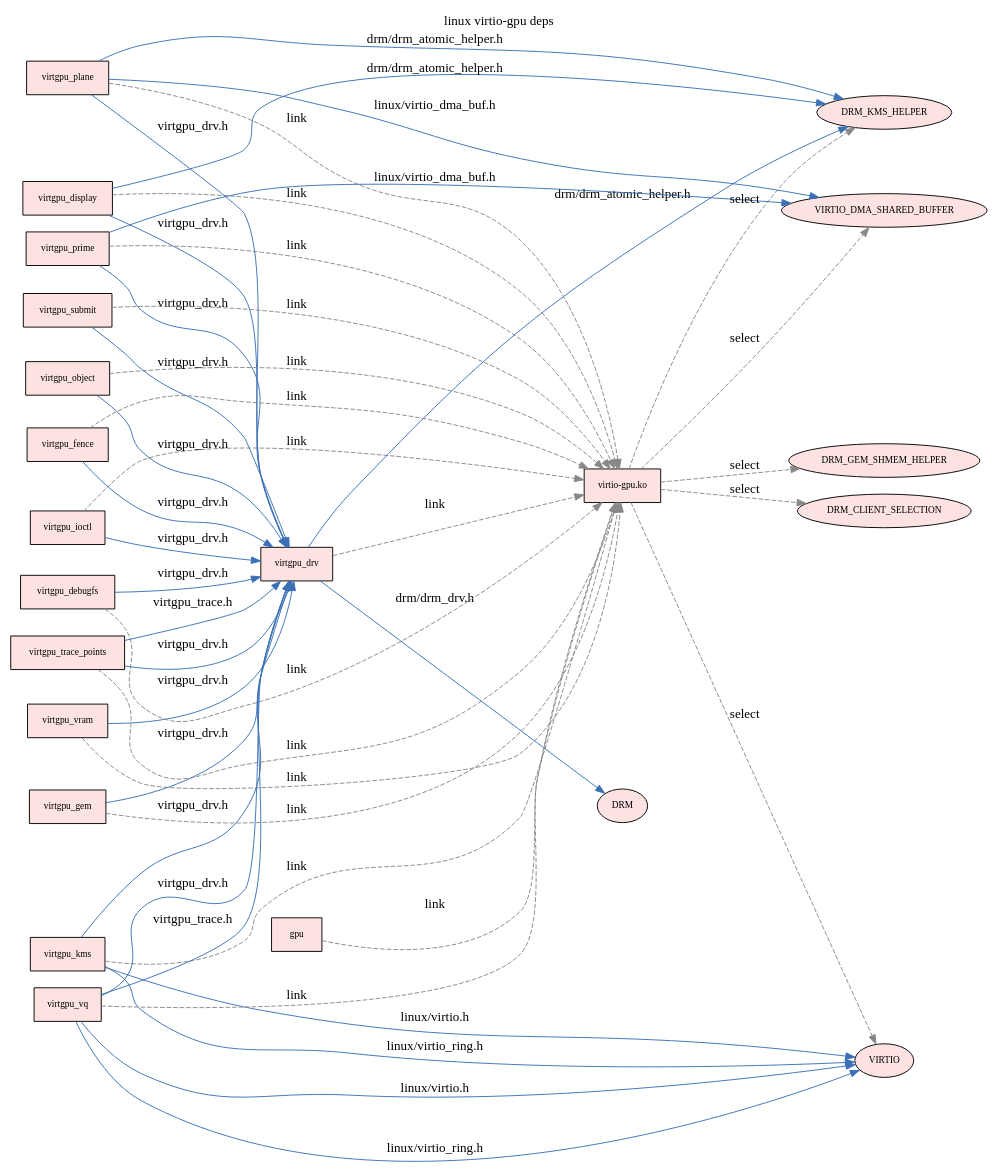
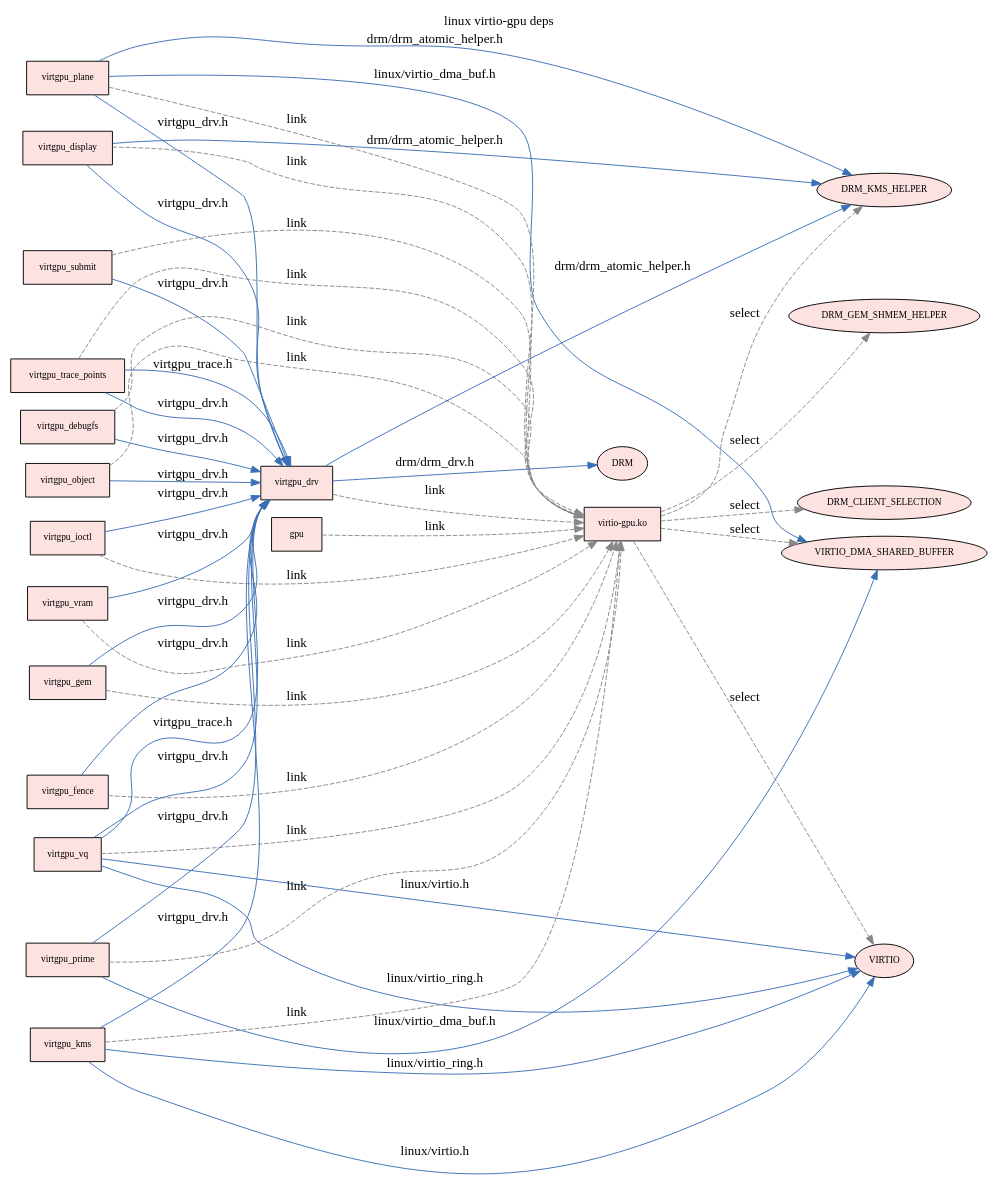
Before and after one commit to vm-final-project/virtio-gpu: the diagram in results/depgraph/linux.dot, drawn with Graphviz. The commit also changed other lines of this file and 74 other files, not shown here.

```diff
--- a/results/depgraph/linux.dot
+++ b/results/depgraph/linux.dot
@@ -1,72 +1,72 @@
 digraph "linux virtio-gpu deps" {
   rankdir=LR;
   node [fontsize=10];
   label="linux virtio-gpu deps"; labelloc=t; fontsize=14;
+  "linux:sub:DRM_GEM_SHMEM_HELPER" [label="DRM_GEM_SHMEM_HELPER",shape=ellipse,style=filled,fillcolor="#fde2e2"];
+  "linux:virtgpu_submit" [label="virtgpu_submit",shape=box,style=filled,fillcolor="#fde2e2"];
+  "linux:gpu" [label="gpu",shape=box,style=filled,fillcolor="#fde2e2"];
+  "linux:virtgpu_debugfs" [label="virtgpu_debugfs",shape=box,style=filled,fillcolor="#fde2e2"];
+  "linux:sub:DRM_CLIENT_SELECTION" [label="DRM_CLIENT_SELECTION",shape=ellipse,style=filled,fillcolor="#fde2e2"];
+  "linux:virtgpu_object" [label="virtgpu_object",shape=box,style=filled,fillcolor="#fde2e2"];
   "linux:virtgpu_vram" [label="virtgpu_vram",shape=box,style=filled,fillcolor="#fde2e2"];
+  "linux:virtgpu_display" [label="virtgpu_display",shape=box,style=filled,fillcolor="#fde2e2"];
+  "linux:sub:DRM_KMS_HELPER" [label="DRM_KMS_HELPER",shape=ellipse,style=filled,fillcolor="#fde2e2"];
+  "linux:sub:VIRTIO" [label="VIRTIO",shape=ellipse,style=filled,fillcolor="#fde2e2"];
+  "linux:virtgpu_trace_points" [label="virtgpu_trace_points",shape=box,style=filled,fillcolor="#fde2e2"];
+  "linux:virtgpu_fence" [label="virtgpu_fence",shape=box,style=filled,fillcolor="#fde2e2"];
   "linux:virtgpu_ioctl" [label="virtgpu_ioctl",shape=box,style=filled,fillcolor="#fde2e2"];
+  "linux:virtgpu_vq" [label="virtgpu_vq",shape=box,style=filled,fillcolor="#fde2e2"];
+  "linux:virtgpu_gem" [label="virtgpu_gem",shape=box,style=filled,fillcolor="#fde2e2"];
+  "linux:virtgpu_prime" [label="virtgpu_prime",shape=box,style=filled,fillcolor="#fde2e2"];
   "linux:virtgpu_drv" [label="virtgpu_drv",shape=box,style=filled,fillcolor="#fde2e2"];
-  "linux:virtgpu_debugfs" [label="virtgpu_debugfs",shape=box,style=filled,fillcolor="#fde2e2"];
-  "linux:sub:DRM_KMS_HELPER" [label="DRM_KMS_HELPER",shape=ellipse,style=filled,fillcolor="#fde2e2"];
-  "linux:virtgpu_display" [label="virtgpu_display",shape=box,style=filled,fillcolor="#fde2e2"];
+  "linux:sub:DRM" [label="DRM",shape=ellipse,style=filled,fillcolor="#fde2e2"];
+  "linux:sub:VIRTIO_DMA_SHARED_BUFFER" [label="VIRTIO_DMA_SHARED_BUFFER",shape=ellipse,style=filled,fillcolor="#fde2e2"];
+  "linux:virtio-gpu.ko" [label="virtio-gpu.ko",shape=box,style=filled,fillcolor="#fde2e2"];
+  "linux:virtgpu_kms" [label="virtgpu_kms",shape=box,style=filled,fillcolor="#fde2e2"];
   "linux:virtgpu_plane" [label="virtgpu_plane",shape=box,style=filled,fillcolor="#fde2e2"];
-  "linux:sub:VIRTIO_DMA_SHARED_BUFFER" [label="VIRTIO_DMA_SHARED_BUFFER",shape=ellipse,style=filled,fillcolor="#fde2e2"];
-  "linux:virtgpu_prime" [label="virtgpu_prime",shape=box,style=filled,fillcolor="#fde2e2"];
-  "linux:gpu" [label="gpu",shape=box,style=filled,fillcolor="#fde2e2"];
-  "linux:virtgpu_object" [label="virtgpu_object",shape=box,style=filled,fillcolor="#fde2e2"];
-  "linux:virtgpu_fence" [label="virtgpu_fence",shape=box,style=filled,fillcolor="#fde2e2"];
-  "linux:sub:DRM_GEM_SHMEM_HELPER" [label="DRM_GEM_SHMEM_HELPER",shape=ellipse,style=filled,fillcolor="#fde2e2"];
-  "linux:virtgpu_kms" [label="virtgpu_kms",shape=box,style=filled,fillcolor="#fde2e2"];
-  "linux:virtgpu_gem" [label="virtgpu_gem",shape=box,style=filled,fillcolor="#fde2e2"];
-  "linux:sub:DRM_CLIENT_SELECTION" [label="DRM_CLIENT_SELECTION",shape=ellipse,style=filled,fillcolor="#fde2e2"];
-  "linux:virtio-gpu.ko" [label="virtio-gpu.ko",shape=box,style=filled,fillcolor="#fde2e2"];
-  "linux:sub:VIRTIO" [label="VIRTIO",shape=ellipse,style=filled,fillcolor="#fde2e2"];
-  "linux:virtgpu_vq" [label="virtgpu_vq",shape=box,style=filled,fillcolor="#fde2e2"];
-  "linux:virtgpu_submit" [label="virtgpu_submit",shape=box,style=filled,fillcolor="#fde2e2"];
-  "linux:virtgpu_trace_points" [label="virtgpu_trace_points",shape=box,style=filled,fillcolor="#fde2e2"];
-  "linux:sub:DRM" [label="DRM",shape=ellipse,style=filled,fillcolor="#fde2e2"];
   "linux:virtgpu_drv" -> "linux:virtio-gpu.ko" [style=dashed,color="#888888",label="link"];
   "linux:virtgpu_kms" -> "linux:virtio-gpu.ko" [style=dashed,color="#888888",label="link"];
   "linux:virtgpu_gem" -> "linux:virtio-gpu.ko" [style=dashed,color="#888888",label="link"];
   "linux:virtgpu_vram" -> "linux:virtio-gpu.ko" [style=dashed,color="#888888",label="link"];
   "linux:virtgpu_display" -> "linux:virtio-gpu.ko" [style=dashed,color="#888888",label="link"];
   "linux:virtgpu_vq" -> "linux:virtio-gpu.ko" [style=dashed,color="#888888",label="link"];
   "linux:virtgpu_fence" -> "linux:virtio-gpu.ko" [style=dashed,color="#888888",label="link"];
   "linux:virtgpu_object" -> "linux:virtio-gpu.ko" [style=dashed,color="#888888",label="link"];
   "linux:virtgpu_debugfs" -> "linux:virtio-gpu.ko" [style=dashed,color="#888888",label="link"];
   "linux:virtgpu_plane" -> "linux:virtio-gpu.ko" [style=dashed,color="#888888",label="link"];
   "linux:virtgpu_ioctl" -> "linux:virtio-gpu.ko" [style=dashed,color="#888888",label="link"];
   "linux:virtgpu_prime" -> "linux:virtio-gpu.ko" [style=dashed,color="#888888",label="link"];
   "linux:virtgpu_trace_points" -> "linux:virtio-gpu.ko" [style=dashed,color="#888888",label="link"];
   "linux:virtgpu_submit" -> "linux:virtio-gpu.ko" [style=dashed,color="#888888",label="link"];
   "linux:gpu" -> "linux:virtio-gpu.ko" [style=dashed,color="#888888",label="link"];
   "linux:virtio-gpu.ko" -> "linux:sub:VIRTIO" [style=dashed,color="#888888",label="select"];
   "linux:virtio-gpu.ko" -> "linux:sub:DRM_CLIENT_SELECTION" [style=dashed,color="#888888",label="select"];
   "linux:virtio-gpu.ko" -> "linux:sub:DRM_KMS_HELPER" [style=dashed,color="#888888",label="select"];
   "linux:virtio-gpu.ko" -> "linux:sub:DRM_GEM_SHMEM_HELPER" [style=dashed,color="#888888",label="select"];
   "linux:virtio-gpu.ko" -> "linux:sub:VIRTIO_DMA_SHARED_BUFFER" [style=dashed,color="#888888",label="select"];
   "linux:virtgpu_debugfs" -> "linux:virtgpu_drv" [color="#3b6fb6",label="virtgpu_drv.h"];
   "linux:virtgpu_display" -> "linux:sub:DRM_KMS_HELPER" [color="#3b6fb6",label="drm/drm_atomic_helper.h"];
   "linux:virtgpu_display" -> "linux:virtgpu_drv" [color="#3b6fb6",label="virtgpu_drv.h"];
   "linux:virtgpu_drv" -> "linux:sub:DRM_KMS_HELPER" [color="#3b6fb6",label="drm/drm_atomic_helper.h"];
   "linux:virtgpu_drv" -> "linux:sub:DRM" [color="#3b6fb6",label="drm/drm_drv.h"];
   "linux:virtgpu_fence" -> "linux:virtgpu_drv" [color="#3b6fb6",label="virtgpu_drv.h"];
   "linux:virtgpu_gem" -> "linux:virtgpu_drv" [color="#3b6fb6",label="virtgpu_drv.h"];
   "linux:virtgpu_ioctl" -> "linux:virtgpu_drv" [color="#3b6fb6",label="virtgpu_drv.h"];
   "linux:virtgpu_kms" -> "linux:sub:VIRTIO" [color="#3b6fb6",label="linux/virtio.h"];
   "linux:virtgpu_kms" -> "linux:sub:VIRTIO" [color="#3b6fb6",label="linux/virtio_ring.h"];
   "linux:virtgpu_kms" -> "linux:virtgpu_drv" [color="#3b6fb6",label="virtgpu_drv.h"];
   "linux:virtgpu_object" -> "linux:virtgpu_drv" [color="#3b6fb6",label="virtgpu_drv.h"];
   "linux:virtgpu_plane" -> "linux:sub:DRM_KMS_HELPER" [color="#3b6fb6",label="drm/drm_atomic_helper.h"];
   "linux:virtgpu_plane" -> "linux:sub:VIRTIO_DMA_SHARED_BUFFER" [color="#3b6fb6",label="linux/virtio_dma_buf.h"];
   "linux:virtgpu_plane" -> "linux:virtgpu_drv" [color="#3b6fb6",label="virtgpu_drv.h"];
   "linux:virtgpu_prime" -> "linux:sub:VIRTIO_DMA_SHARED_BUFFER" [color="#3b6fb6",label="linux/virtio_dma_buf.h"];
   "linux:virtgpu_prime" -> "linux:virtgpu_drv" [color="#3b6fb6",label="virtgpu_drv.h"];
   "linux:virtgpu_submit" -> "linux:virtgpu_drv" [color="#3b6fb6",label="virtgpu_drv.h"];
   "linux:virtgpu_trace_points" -> "linux:virtgpu_drv" [color="#3b6fb6",label="virtgpu_drv.h"];
   "linux:virtgpu_trace_points" -> "linux:virtgpu_drv" [color="#3b6fb6",label="virtgpu_trace.h"];
   "linux:virtgpu_vq" -> "linux:sub:VIRTIO" [color="#3b6fb6",label="linux/virtio.h"];
   "linux:virtgpu_vq" -> "linux:sub:VIRTIO" [color="#3b6fb6",label="linux/virtio_ring.h"];
   "linux:virtgpu_vq" -> "linux:virtgpu_drv" [color="#3b6fb6",label="virtgpu_drv.h"];
   "linux:virtgpu_vq" -> "linux:virtgpu_drv" [color="#3b6fb6",label="virtgpu_trace.h"];
   "linux:virtgpu_vram" -> "linux:virtgpu_drv" [color="#3b6fb6",label="virtgpu_drv.h"];
 }
```
